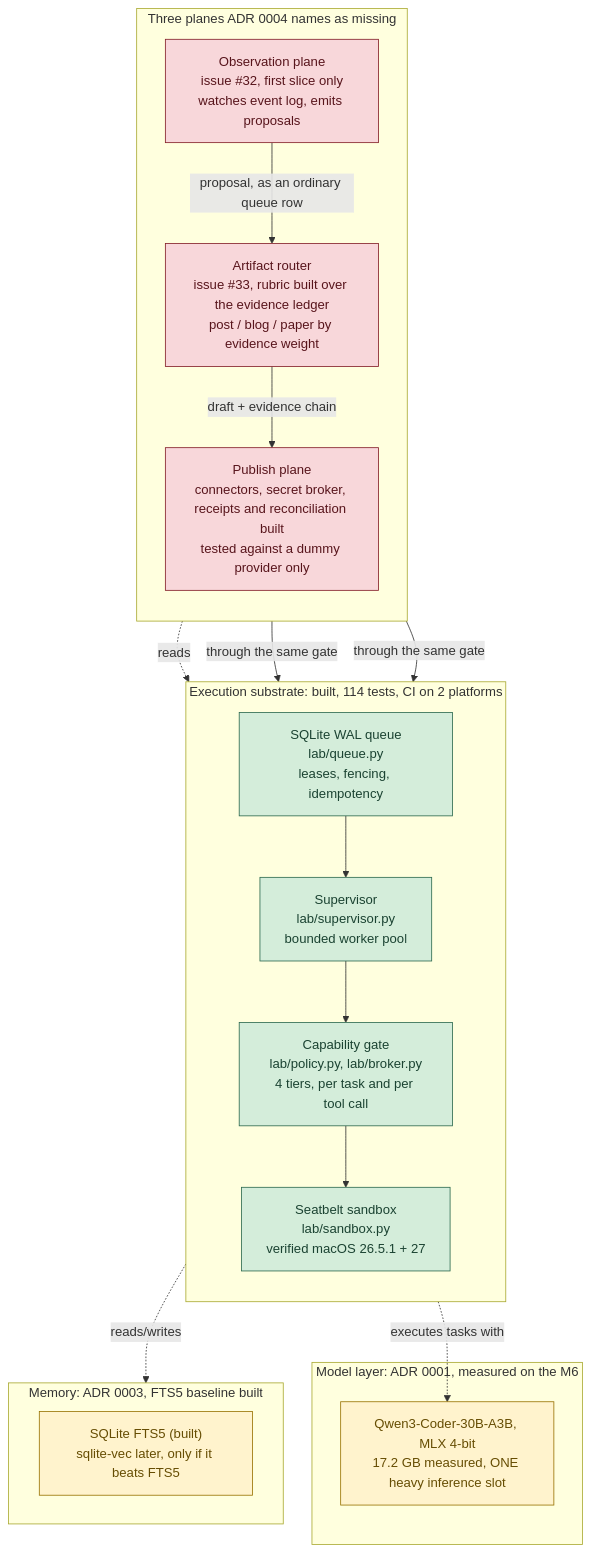
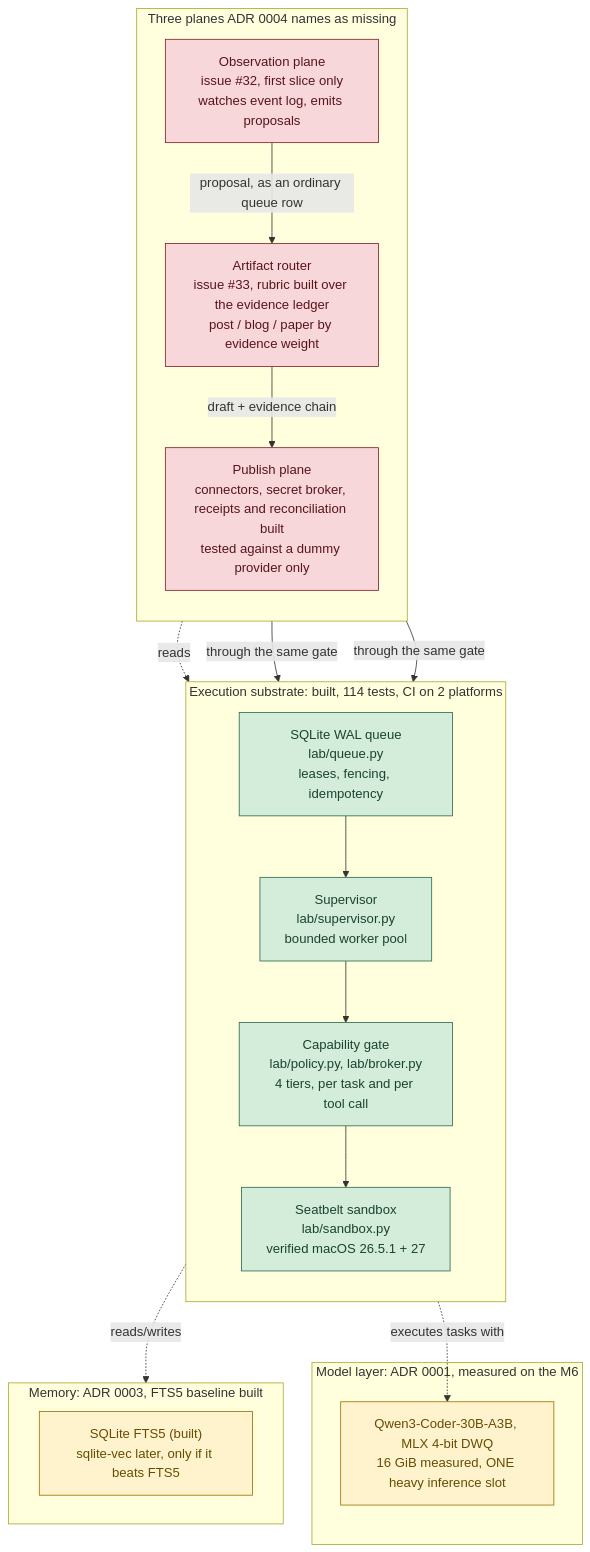
The diagram in docs/ARCHITECTURE.md (roshanaryal1/home-lab), drawn with Mermaid before and after one commit. The commit also changed other lines of this file, not shown here.

First line of the commit message:
docs: ARCHITECTURE status for the running M6

````diff
--- a/docs/ARCHITECTURE.md
+++ b/docs/ARCHITECTURE.md
@@ -16,41 +16,41 @@
 ```mermaid
 flowchart TB
     subgraph substrate["Execution substrate: built, 114 tests, CI on 2 platforms"]
         direction TB
         queue["SQLite WAL queue<br/>lab/queue.py<br/>leases, fencing, idempotency"]
         supervisor["Supervisor<br/>lab/supervisor.py<br/>bounded worker pool"]
         gate["Capability gate<br/>lab/policy.py, lab/broker.py<br/>4 tiers, per task and per tool call"]
         sandbox["Seatbelt sandbox<br/>lab/sandbox.py<br/>verified macOS 26.5.1 + 27"]
         queue --> supervisor --> gate --> sandbox
     end
 
     subgraph model["Model layer: ADR 0001, measured on the M6"]
-        heavy["Qwen3-Coder-30B-A3B, MLX 4-bit<br/>17.2 GB measured, ONE heavy inference slot"]
+        heavy["Qwen3-Coder-30B-A3B, MLX 4-bit DWQ<br/>16 GiB measured, ONE heavy inference slot"]
     end
 
     subgraph memory["Memory: ADR 0003, FTS5 baseline built"]
         mem["SQLite FTS5 (built)<br/>sqlite-vec later, only if it beats FTS5"]
     end
 
     subgraph planes["Three planes ADR 0004 names as missing"]
         direction TB
         obs["Observation plane<br/>issue #32, first slice only<br/>watches event log, emits proposals"]
         router["Artifact router<br/>issue #33, rubric built over the evidence ledger<br/>post / blog / paper by evidence weight"]
         publish["Publish plane<br/>connectors, secret broker, receipts and reconciliation built<br/>tested against a dummy provider only"]
         obs -->|"proposal, as an ordinary queue row"| router
         router -->|"draft + evidence chain"| publish
     end
 
     supervisor -.->|"executes tasks with"| heavy
     supervisor -.->|"reads/writes"| memory
     obs -.->|"reads"| queue
     router -->|"through the same gate"| gate
     publish -->|"through the same gate"| gate
 
     classDef built fill:#d4edda,stroke:#2d6a4f,color:#1b4332
     classDef missing fill:#f8d7da,stroke:#842029,color:#58151c
     classDef designonly fill:#fff3cd,stroke:#997404,color:#664d03
     class queue,supervisor,gate,sandbox built
     class obs,router,publish missing
     class heavy,mem designonly
 ```
````
